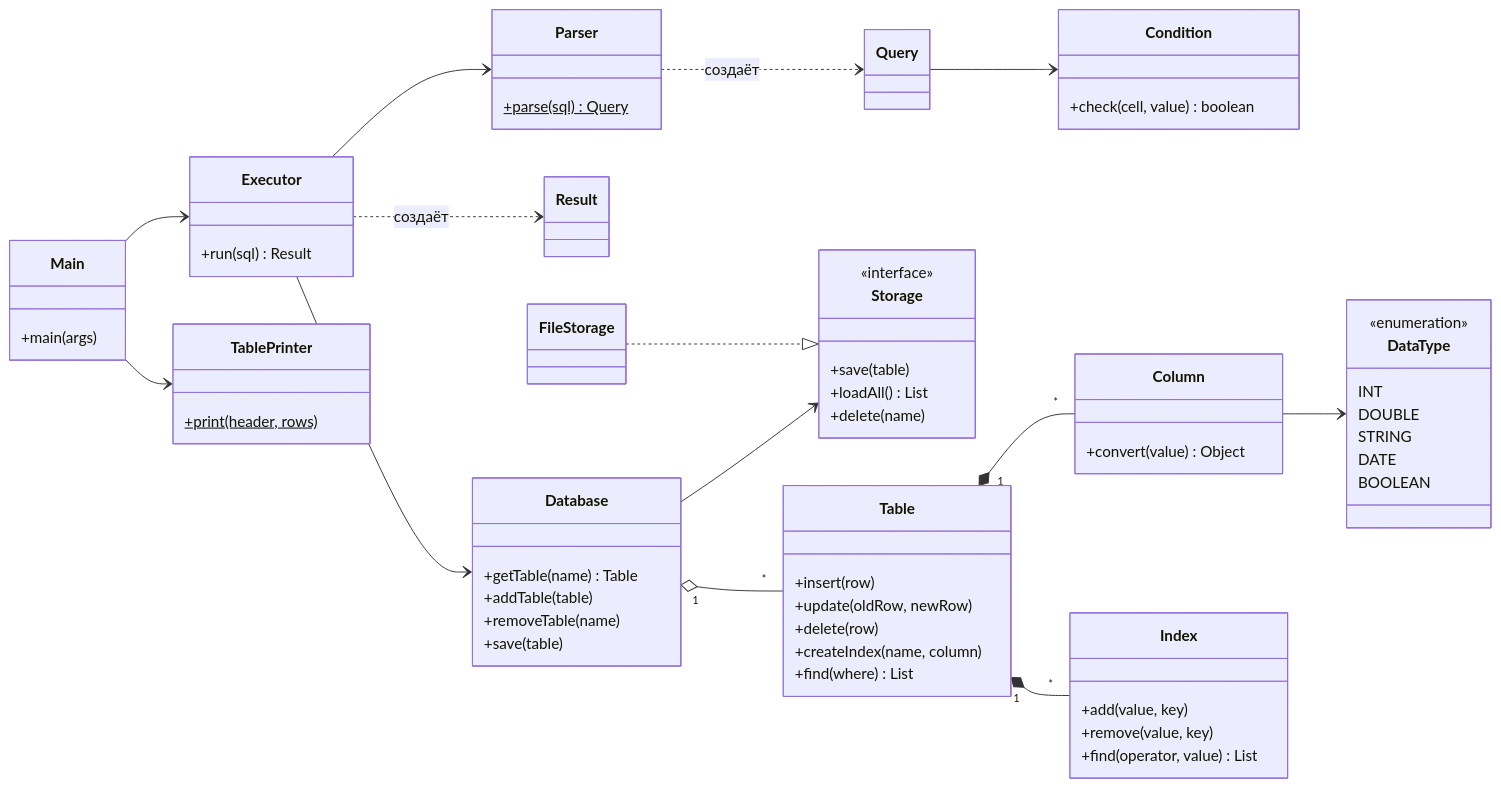
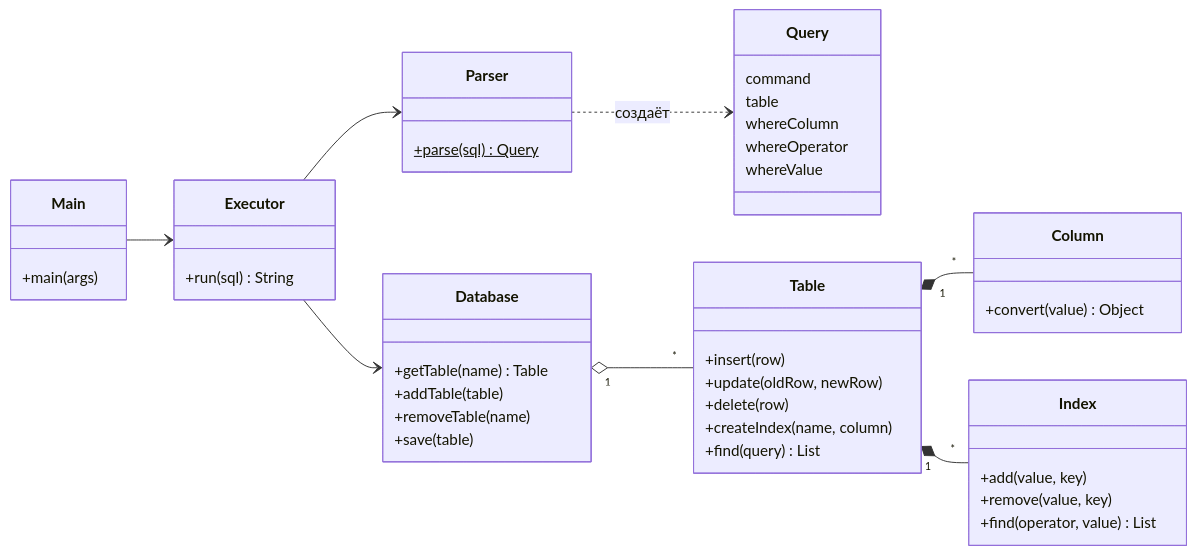
Before and after one commit to sergei0908/Java2: the second of 4 diagrams in readme.md, drawn with Mermaid. The commit also changed other lines of this file and 21 other files, not shown here.

````diff
--- a/readme.md
+++ b/readme.md
@@ -151,71 +242,49 @@
 ```mermaid
 classDiagram
     direction LR
     class Main {
         +main(args)
     }
     class Parser {
         +parse(sql)$ Query
     }
-    class Query
-    class Condition {
-        +check(cell, value) boolean
+    class Query {
+        command
+        table
+        whereColumn
+        whereOperator
+        whereValue
     }
     class Executor {
-        +run(sql) Result
-    }
-    class Result
-    class TablePrinter {
-        +print(header, rows)$
+        +run(sql) String
     }
     class Database {
         +getTable(name) Table
         +addTable(table)
         +removeTable(name)
         +save(table)
     }
-    class Storage {
-        <<interface>>
-        +save(table)
-        +loadAll() List
-        +delete(name)
-    }
-    class FileStorage
     class Table {
         +insert(row)
         +update(oldRow, newRow)
         +delete(row)
         +createIndex(name, column)
-        +find(where) List
+        +find(query) List
     }
     class Column {
         +convert(value) Object
-    }
-    class DataType {
-        <<enumeration>>
-        INT
-        DOUBLE
-        STRING
-        DATE
-        BOOLEAN
     }
     class Index {
         +add(value, key)
         +remove(value, key)
         +find(operator, value) List
     }
 
     Main --> Executor
-    Main --> TablePrinter
     Executor --> Parser
     Executor --> Database
-    Executor ..> Result : создаёт
     Parser ..> Query : создаёт
-    Query --> Condition
-    Database --> Storage
-    FileStorage ..|> Storage
     Database "1" o-- "*" Table
     Table "1" *-- "*" Column
     Table "1" *-- "*" Index
-    Column --> DataType
 ```
````
